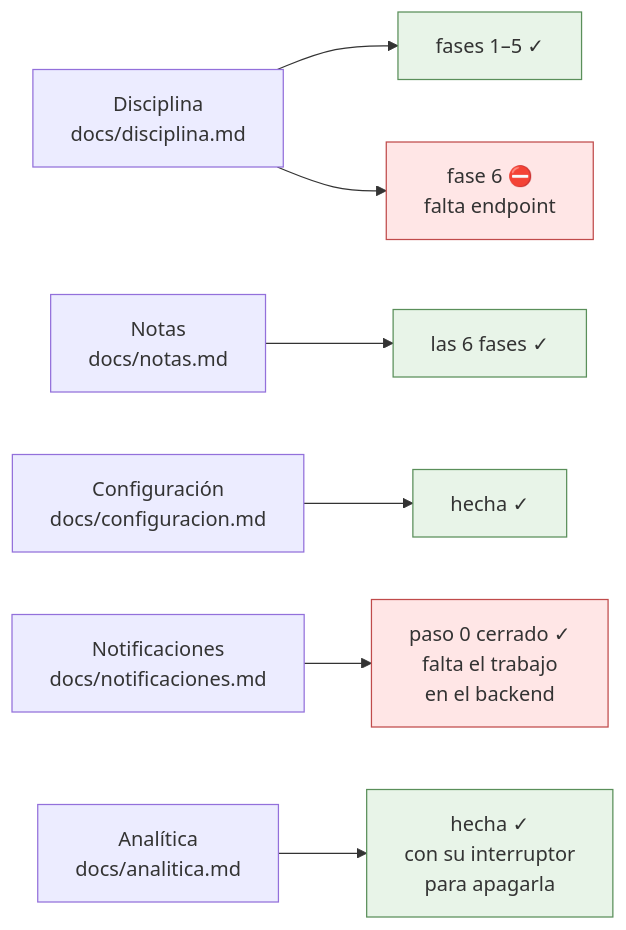
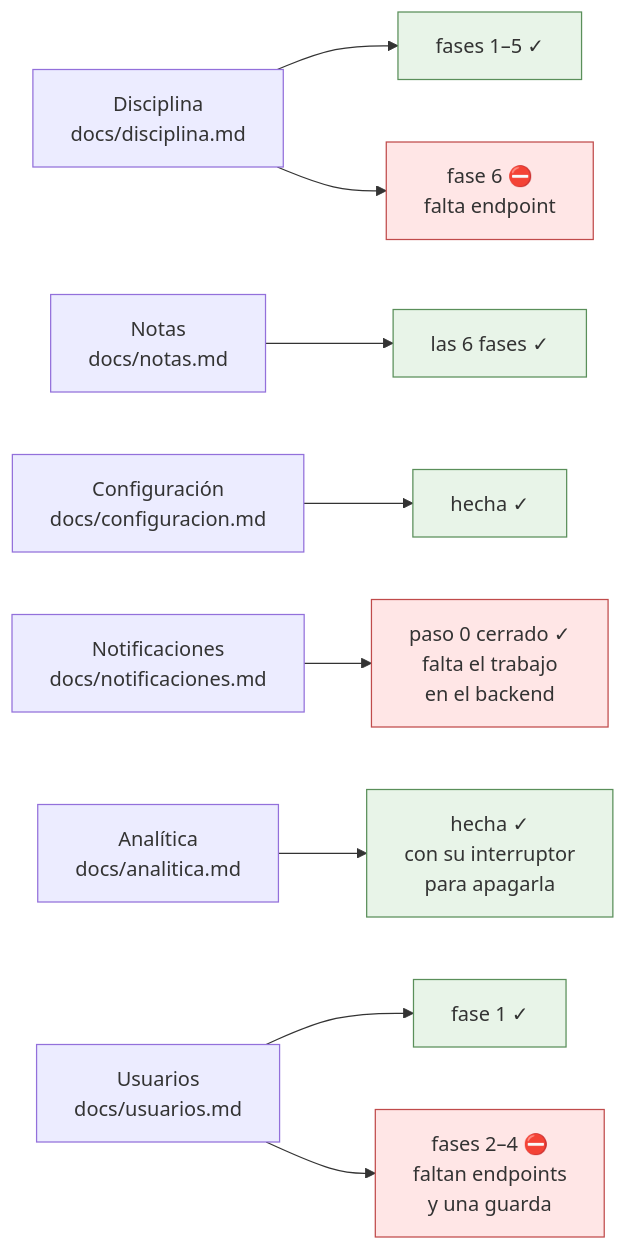
One commit to bluesky777/myvc_flutter changed the diagram in docs/estado.md. Above: the diagram before and after it, drawn with Mermaid. The commit also changed other lines of this file and 9 other files, not shown here.

````diff
--- a/docs/estado.md
+++ b/docs/estado.md
@@ -15,16 +17,20 @@
 ```mermaid
 flowchart LR
     D["Disciplina<br/>docs/disciplina.md"] --> D5["fases 1–5 ✓"]
     D --> D6["fase 6 ⛔<br/>falta endpoint"]
     N["Notas<br/>docs/notas.md"] --> N4["las 6 fases ✓"]
     C["Configuración<br/>docs/configuracion.md"] --> C0["hecha ✓"]
     P["Notificaciones<br/>docs/notificaciones.md"] --> P0["paso 0 cerrado ✓<br/>falta el trabajo<br/>en el backend"]
     A["Analítica<br/>docs/analitica.md"] --> A0["hecha ✓<br/>con su interruptor<br/>para apagarla"]
+    U["Usuarios<br/>docs/usuarios.md"] --> U1["fase 1 ✓"]
+    U --> U2["fases 2–4 ⛔<br/>faltan endpoints<br/>y una guarda"]
 
     style D5 fill:#e8f4e8,stroke:#5a8f5a
     style N4 fill:#e8f4e8,stroke:#5a8f5a
     style D6 fill:#ffe6e6,stroke:#c04b4b
     style P0 fill:#ffe6e6,stroke:#c04b4b
     style C0 fill:#e8f4e8,stroke:#5a8f5a
     style A0 fill:#e8f4e8,stroke:#5a8f5a
+    style U1 fill:#e8f4e8,stroke:#5a8f5a
+    style U2 fill:#ffe6e6,stroke:#c04b4b
 ```
````
